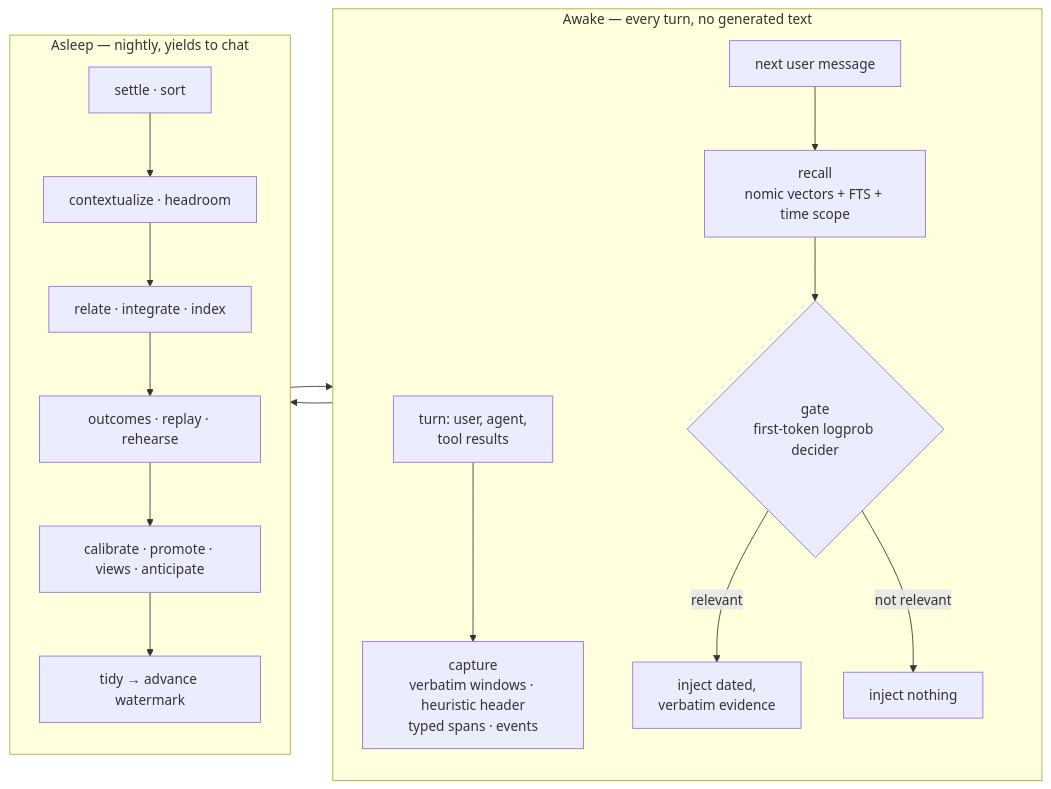
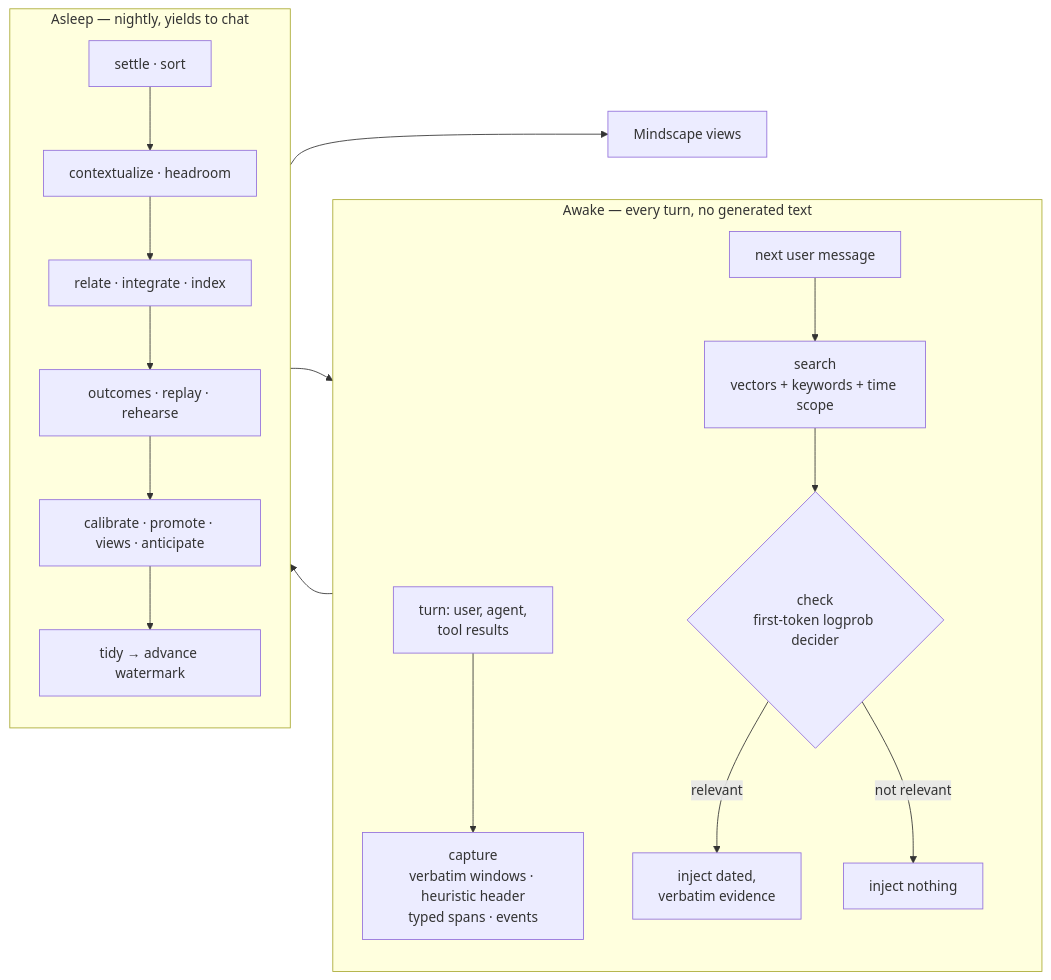
The diagram in README.md (jbpayton/hermes-sophia), drawn with Mermaid before and after one commit. The commit also changed other lines of this file and 1 other file, not shown here.

First line of the commit message:
README: lead with how memory reaches the agent; define Mindscape

````diff
--- a/README.md
+++ b/README.md
@@ -52,21 +145,22 @@
 ```mermaid
 flowchart LR
   subgraph awake["Awake — every turn, no generated text"]
     direction TB
     T["turn: user, agent,<br/>tool results"] --> C["capture<br/>verbatim windows · heuristic header<br/>typed spans · events"]
-    Q["next user message"] --> R["recall<br/>nomic vectors + FTS + time scope"]
-    R --> G{"gate<br/>first-token logprob decider"}
+    Q["next user message"] --> R["search<br/>vectors + keywords + time scope"]
+    R --> G{"check<br/>first-token logprob decider"}
     G -- "relevant" --> I["inject dated,<br/>verbatim evidence"]
     G -- "not relevant" --> N["inject nothing"]
   end
   subgraph asleep["Asleep — nightly, yields to chat"]
     direction TB
     S["settle · sort"] --> U["contextualize · headroom"]
     U --> K["relate · integrate · index"]
     K --> D["outcomes · replay · rehearse"]
     D --> O["calibrate · promote · views · anticipate"]
     O --> X["tidy → advance watermark"]
   end
   C --> asleep
   asleep --> R
+  asleep --> M["Mindscape views"]
 ```
````
